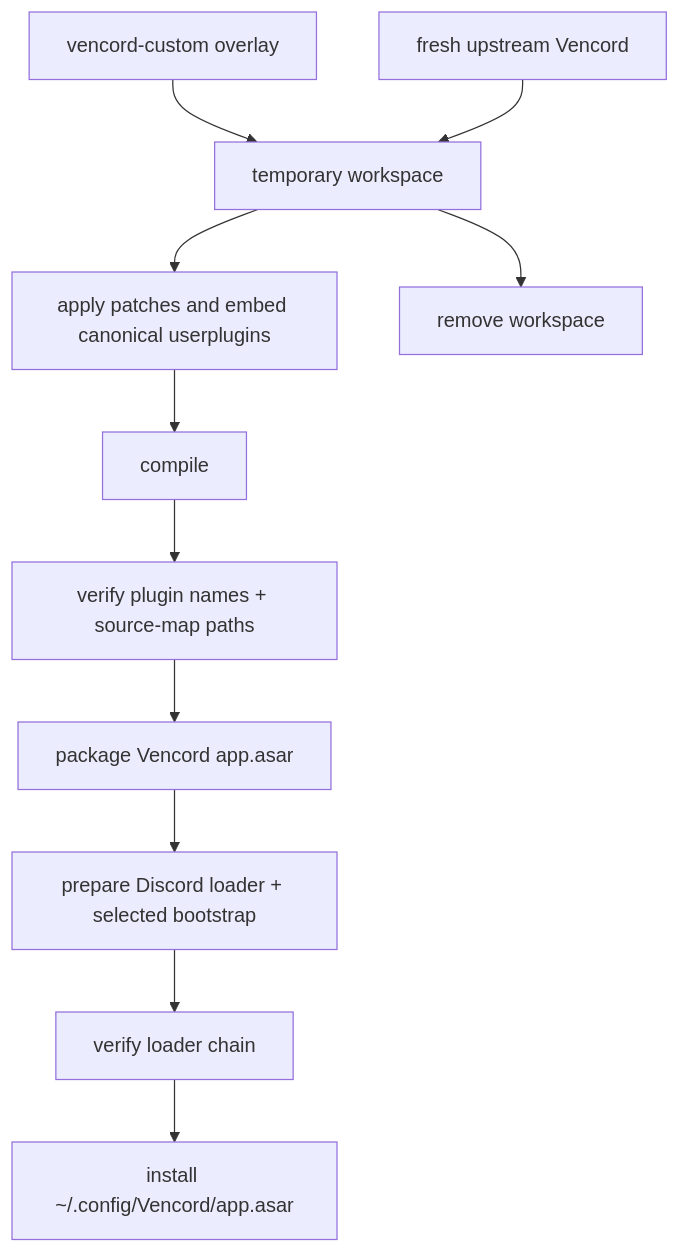
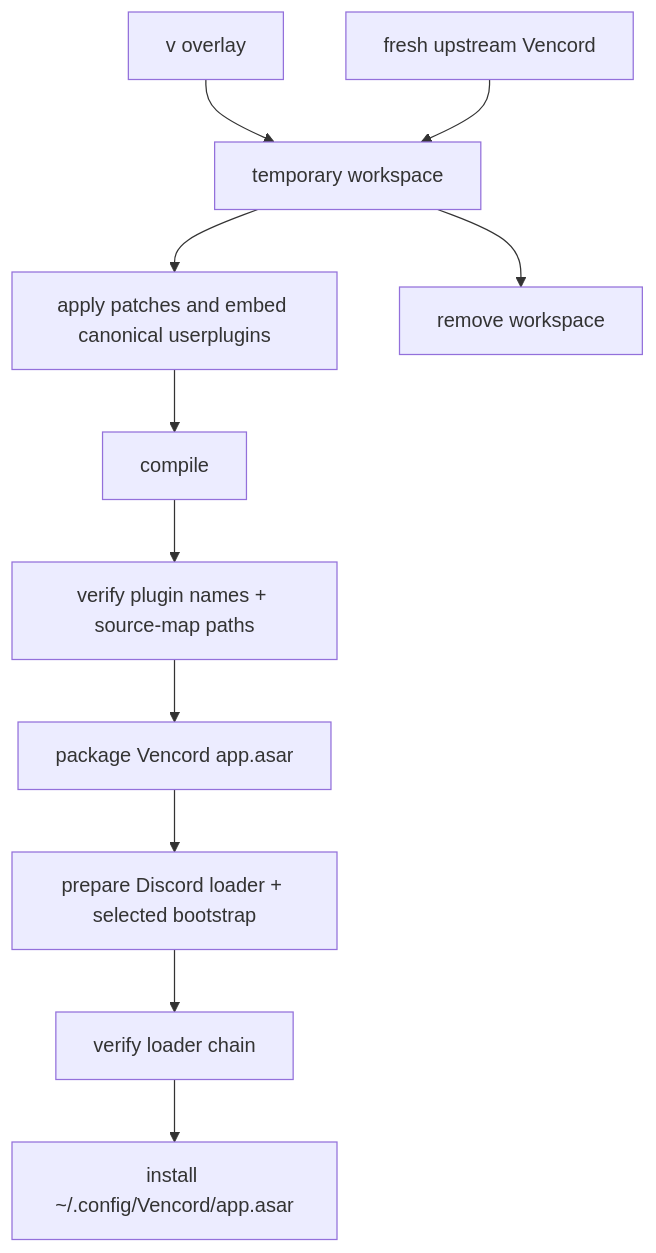
Before and after one commit to DarkPhilosophy/v: the diagram in .github/README.md, drawn with Mermaid. The commit also changed other lines of this file and 15 other files, not shown here.

Commit message:
fix: stabilize custom Vencord runtime

````diff
--- a/.github/README.md
+++ b/.github/README.md
@@ -129,13 +129,13 @@
 ```mermaid
 graph TD
-    O["vencord-custom overlay"] --> T["temporary workspace"]
+    O["v overlay"] --> T["temporary workspace"]
     U["fresh upstream Vencord"] --> T
     T --> P["apply patches and embed canonical userplugins"]
     P --> B["compile"]
     B --> V["verify plugin names + source-map paths"]
     V --> A["package Vencord app.asar"]
     A --> L["prepare Discord loader + selected bootstrap"]
     L --> C["verify loader chain"]
     C --> R["install ~/.config/Vencord/app.asar"]
     T --> X["remove workspace"]
 ```
````
